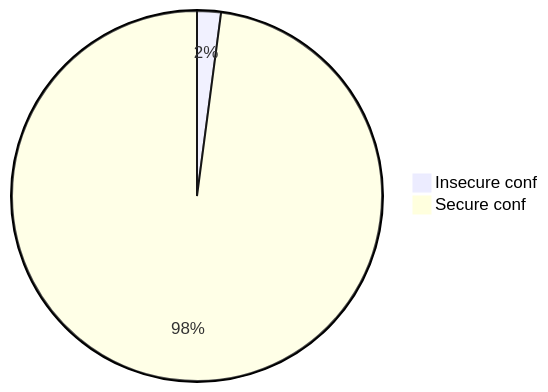
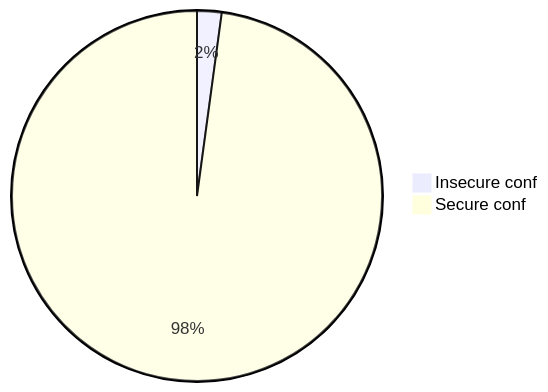
One commit to oshp/oshp-stats changed diagram 19 of 22 in stats.md. Above: the diagram before and after it, drawn with Mermaid. The commit also changed other lines of this file, not shown here.

````diff
--- a/stats.md
+++ b/stats.md
@@ -226,6 +226,6 @@
 ```mermaid
 pie
-	"Insecure conf" : 2.08
-	"Secure conf" : 97.92
+	"Insecure conf" : 2.14
+	"Secure conf" : 97.86
 
 ```
````
